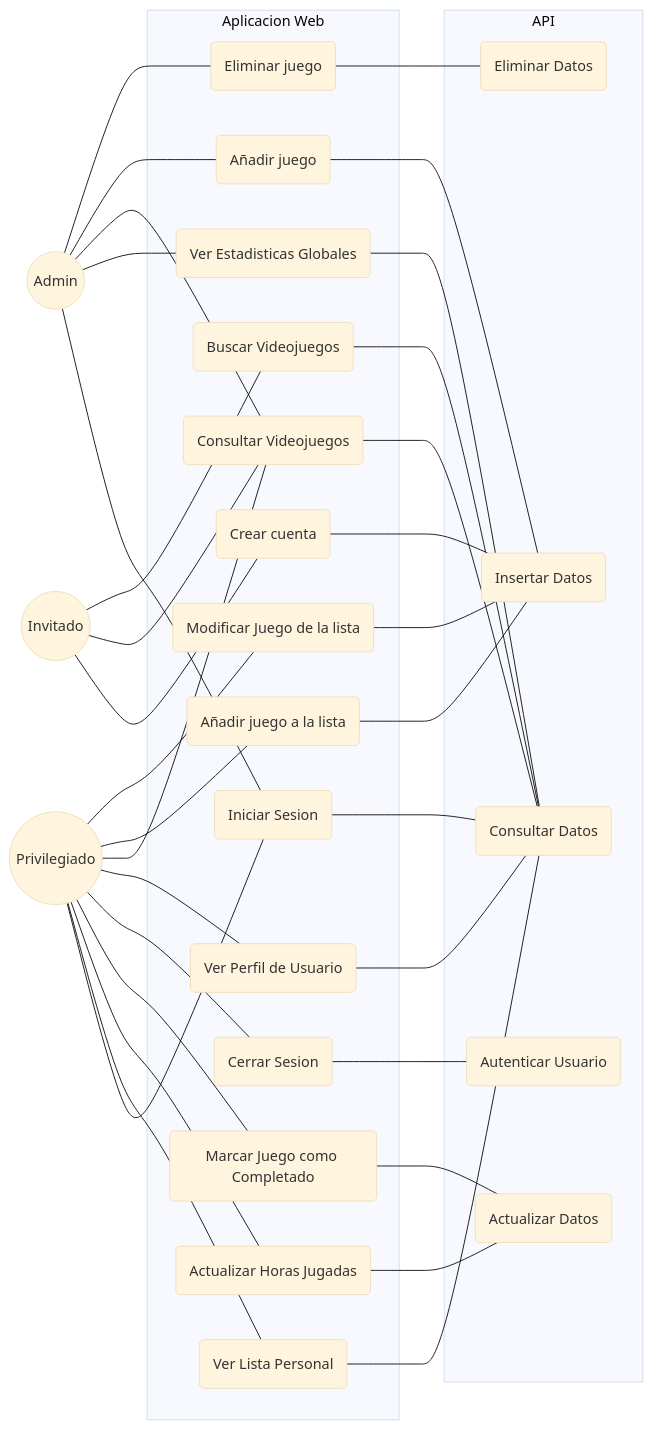
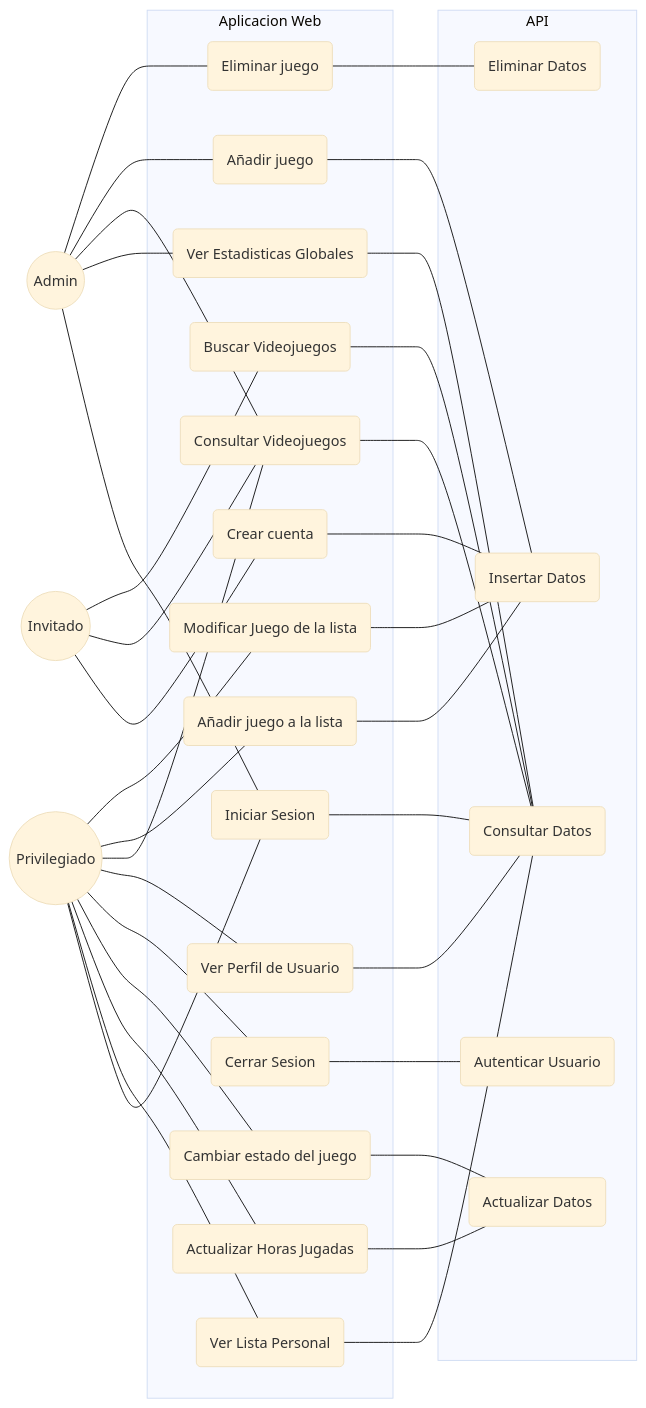
Before and after one commit to Lepipae/VideojuegosApi: the diagram in mermaid/casosDeUso.md, drawn with Mermaid (base theme). The commit also changed 1 other file, not shown here.

Commit message:
Modificar diagramas mermaid

````diff
--- a/mermaid/casosDeUso.md
+++ b/mermaid/casosDeUso.md
@@ -1,65 +1,65 @@
 ```mermaid
 flowchart LR
     Invitado((Invitado))    
     Privilegiado((Privilegiado))
     Admin((Admin))
 
     subgraph App [Aplicacion Web]
         aCU1(Iniciar Sesion)
         aCU2(Crear cuenta)
         aCU3(Consultar Videojuegos)
         aCU4(Añadir juego a la lista)
         aCU5(Modificar Juego de la lista)
         aCU6(Añadir juego)
         aCU7(Eliminar juego)
         aCU8(Buscar Videojuegos)
         aCU9(Ver Lista Personal)
         aCU10(Actualizar Horas Jugadas)
-        aCU11(Marcar Juego como Completado)
+        aCU11(Cambiar estado del juego)
         aCU12(Cerrar Sesion)
         aCU13(Ver Perfil de Usuario)
         aCU14(Ver Estadisticas Globales)
     end
 
     subgraph Api [API]
         bCU1(Consultar Datos)
         bCU2(Insertar Datos)
         bCU3(Eliminar Datos)
         bCU4(Actualizar Datos)
         bCU5(Autenticar Usuario)
     end
 
     Invitado --- aCU2
     Privilegiado --- aCU1
     Admin --- aCU1
     Invitado --- aCU3
     Invitado --- aCU8
     Privilegiado --- aCU9
     Privilegiado --- aCU10
     Privilegiado --- aCU11
     Privilegiado --- aCU12
     Privilegiado --- aCU13
     Admin --- aCU14
     Privilegiado --- aCU3
     Privilegiado --- aCU4
     Privilegiado --- aCU5
     Admin --- aCU3
     Admin --- aCU6
     Admin --- aCU7
 
     aCU3 --- bCU1
     aCU2 --- bCU2
     aCU1 --- bCU1
     aCU4 --- bCU2
     aCU5 --- bCU2
     aCU6 --- bCU2
     aCU7 --- bCU3
     aCU8 --- bCU1
     aCU9 --- bCU1
     aCU10 --- bCU4
     aCU11 --- bCU4
     aCU12 --- bCU5
     aCU13 --- bCU1
     aCU14 --- bCU1
 
 ```
````
